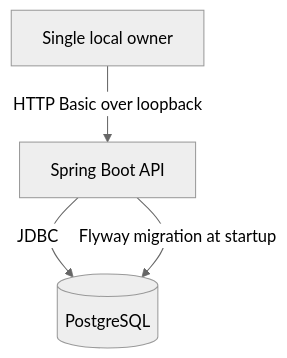
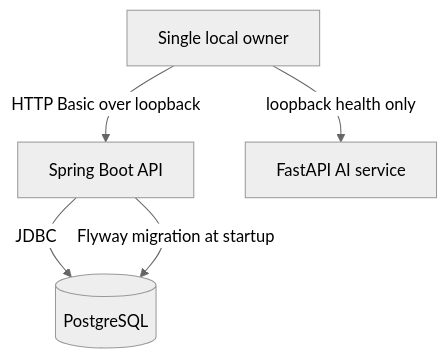
One commit to kavinash0310/aura-ai changed the second of 4 diagrams in docs/02-architecture/SYSTEM-ARCHITECTURE.md. Above: the diagram before and after it, drawn with Mermaid (neutral theme). The commit also changed other lines of this file and 17 other files, not shown here.

Commit message:
feat: add isolated Python AI service foundation

```diff
--- a/docs/02-architecture/SYSTEM-ARCHITECTURE.md
+++ b/docs/02-architecture/SYSTEM-ARCHITECTURE.md
@@ -41,6 +41,7 @@
 ~~~mermaid
 flowchart TB
   Owner[Single local owner] -->|HTTP Basic over loopback| Spring[Spring Boot API]
   Spring -->|JDBC| PostgreSQL[(PostgreSQL)]
   Spring -->|Flyway migration at startup| PostgreSQL
+  Owner -->|loopback health only| Python[FastAPI AI service]
 ~~~
```
